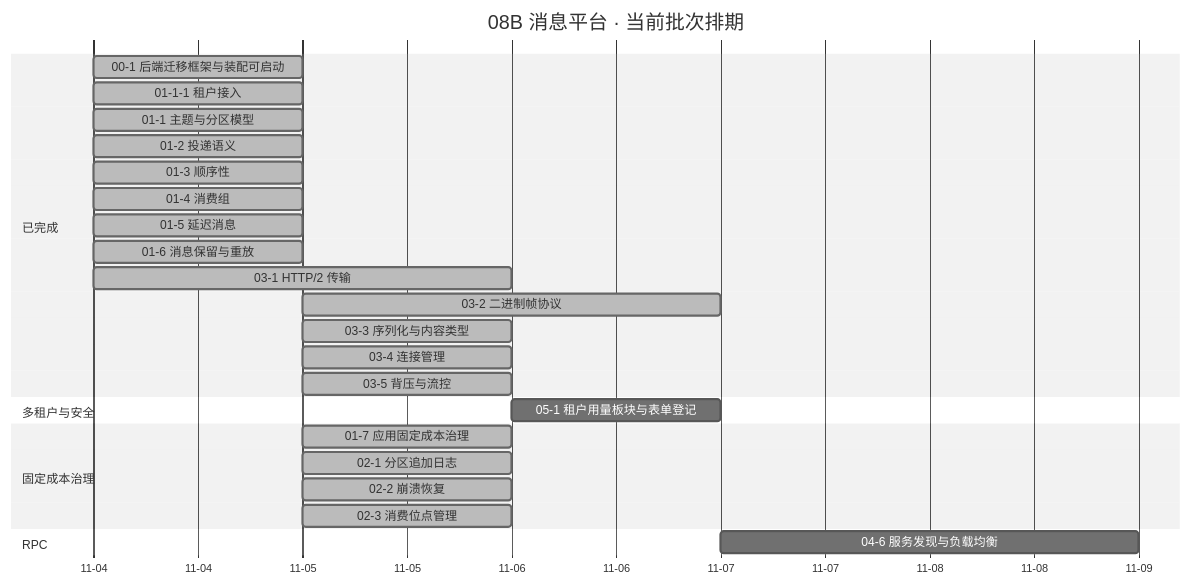
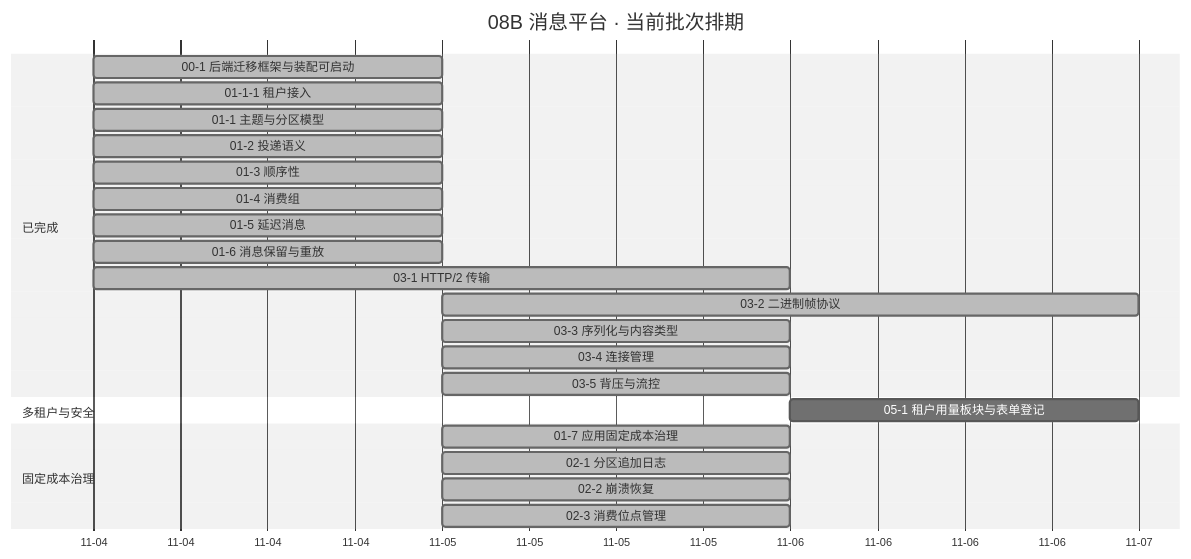
One commit to minjian123/message-platform changed the diagram in msg文档/项目/08B_消息平台/计划/01_计划_消息平台.md. Above: the diagram before and after it, drawn with Mermaid (neutral theme). The commit also changed other lines of this file and 4 other files, not shown here.

````diff
--- a/msg文档/项目/08B_消息平台/计划/01_计划_消息平台.md
+++ b/msg文档/项目/08B_消息平台/计划/01_计划_消息平台.md
@@ -77,30 +77,28 @@
 ```mermaid
 gantt
     title 08B 消息平台 · 当前批次排期
-    %% 任务域 02：02-7 已交付（2026-11-05）、02-4/02-5 搁置（待 8B_05）；任务域 04：04-1 / 04-2 / 04-3 / 04-4 / 04-5 / 04-7 已交付不入甘特，04-6 已解搁置（2026-11-07~08）
+    %% 任务域 02：02-7 已交付（2026-11-05）、02-4/02-5 搁置（待 8B_05）；任务域 04：04-1 ~ 04-7 全部已交付不入甘特
     dateFormat YYYY-MM-DD
     axisFormat %m-%d
     section 已完成
     00-1 后端迁移框架与装配可启动 :done, d001, 2026-11-04, 1d
     01-1-1 租户接入 :done, d0111, 2026-11-04, 1d
     01-1 主题与分区模型 :done, t011, 2026-11-04, 1d
     01-2 投递语义 :done, t012, 2026-11-04, 1d
     01-3 顺序性 :done, t013, 2026-11-04, 1d
     01-4 消费组 :done, t014, 2026-11-04, 1d
     01-5 延迟消息 :done, t015, 2026-11-04, 1d
     01-6 消息保留与重放 :done, t016, 2026-11-04, 1d
     03-1 HTTP/2 传输 :done, t031, 2026-11-04, 2d
     03-2 二进制帧协议 :done, t032, 2026-11-05, 2d
     03-3 序列化与内容类型 :done, t033, 2026-11-05, 1d
     03-4 连接管理 :done, t034, 2026-11-05, 1d
     03-5 背压与流控 :done, t035, 2026-11-05, 1d
     section 多租户与安全
     05-1 租户用量板块与表单登记 :t051, after t035, 1d
     section 固定成本治理
     01-7 应用固定成本治理 :done, t017, 2026-11-05, 1d
     02-1 分区追加日志 :done, t021, 2026-11-05, 1d
     02-2 崩溃恢复 :done, t022, 2026-11-05, 1d
     02-3 消费位点管理 :done, t023, 2026-11-05, 1d
-    section RPC
-    04-6 服务发现与负载均衡 :t046, 2026-11-07, 2d
 ```
````
